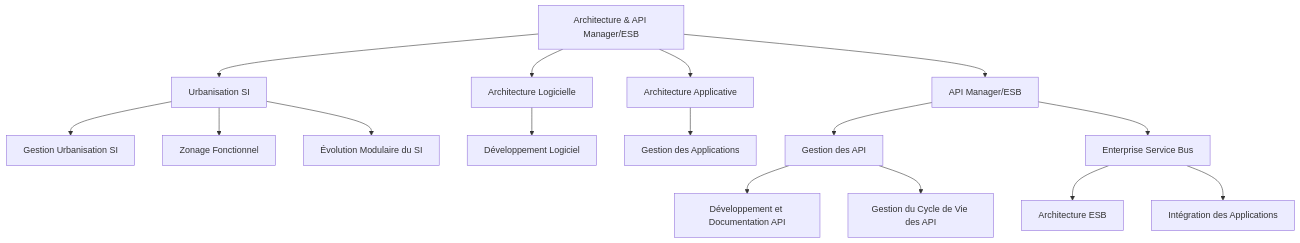
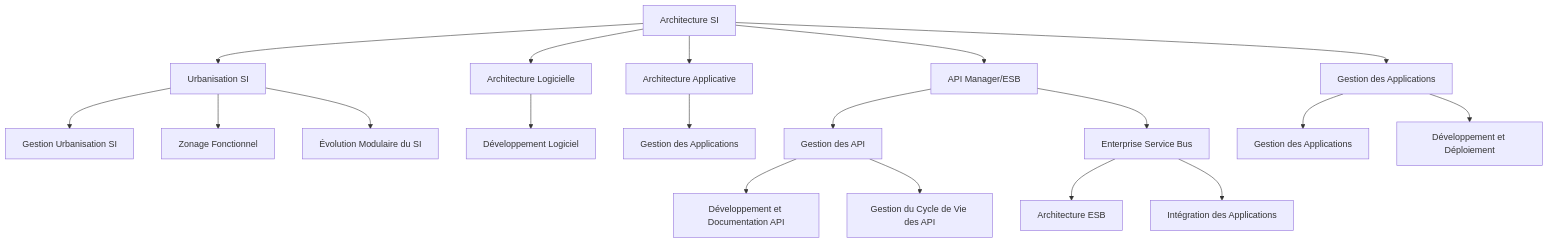
One commit to sanogotech/preparationCertificationCCNA changed the second of 6 diagrams in TestSchema.md. Above: the diagram before and after it, drawn with Mermaid. The commit also changed other lines of this file, not shown here.

````diff
--- a/TestSchema.md
+++ b/TestSchema.md
@@ -19,30 +16,35 @@
 ```mermaid
 graph TD
-    B[Architecture & API Manager/ESB] --> B1[Urbanisation SI]
+    B[Architecture SI] --> B1[Urbanisation SI]
     B --> B2[Architecture Logicielle]
     B --> B3[Architecture Applicative]
     B --> H[API Manager/ESB]
+    B --> I[Gestion des Applications]
 
     %% Urbanisation SI
     B1 --> B1a[Gestion Urbanisation SI]
     B1 --> B1b[Zonage Fonctionnel]
     B1 --> B1c[Évolution Modulaire du SI]
 
     %% Architecture Logicielle
     B2 --> B2a[Développement Logiciel]
 
     %% Architecture Applicative
     B3 --> B3a[Gestion des Applications]
 
     %% API Manager/ESB
     H --> H1[Gestion des API]
     H --> H2[Enterprise Service Bus]
 
     %% Gestion des API
     H1 --> H1a[Développement et Documentation API]
     H1 --> H1b[Gestion du Cycle de Vie des API]
 
     %% Enterprise Service Bus
     H2 --> H2a[Architecture ESB]
     H2 --> H2b[Intégration des Applications]
+
+    %% Gestion des Applications
+    I --> I1[Gestion des Applications]
+    I --> I2[Développement et Déploiement]
 ```
````
